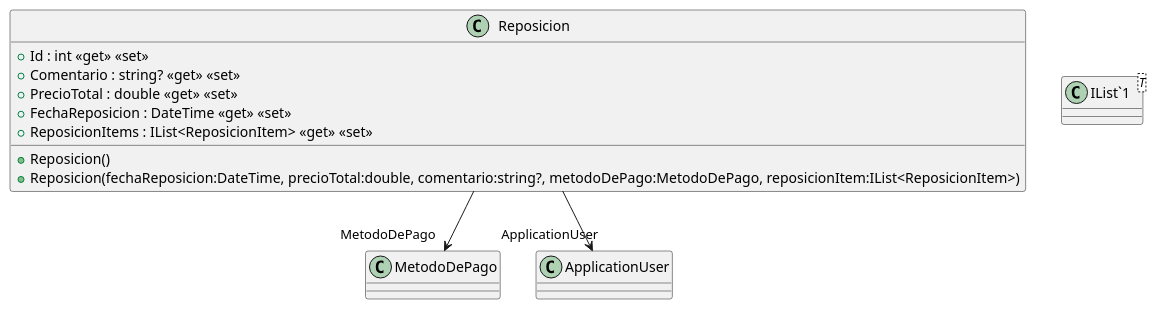
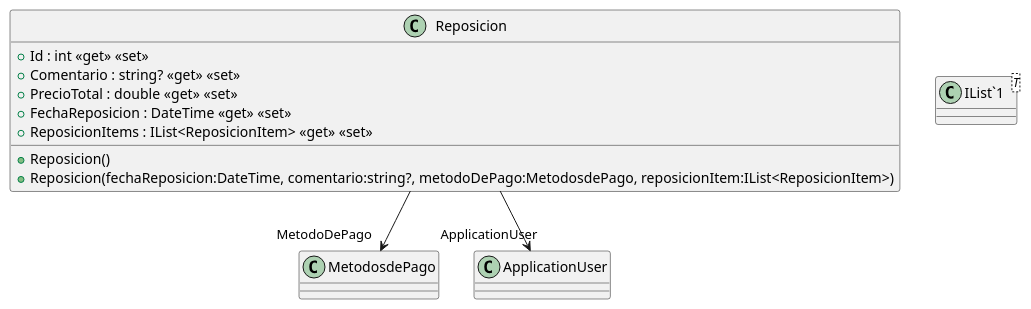
Before and after one commit to ISII2627IntegraSolutions/ISII2627IntegraSolutions: the diagram in src/AppForSEII.API/ClassDiagram/Reposicion.puml, drawn with PlantUML. The commit also changed 19 other files, not shown here.

```diff
--- a/src/AppForSEII.API/ClassDiagram/Reposicion.puml
+++ b/src/AppForSEII.API/ClassDiagram/Reposicion.puml
@@ -1,15 +1,15 @@
 @startuml
 class Reposicion {
     + Reposicion()
-    + Reposicion(fechaReposicion:DateTime, precioTotal:double, comentario:string?, metodoDePago:MetodoDePago, reposicionItem:IList<ReposicionItem>)
+    + Reposicion(fechaReposicion:DateTime, comentario:string?, metodoDePago:MetodosdePago, reposicionItem:IList<ReposicionItem>)
     + Id : int <<get>> <<set>>
     + Comentario : string? <<get>> <<set>>
     + PrecioTotal : double <<get>> <<set>>
     + FechaReposicion : DateTime <<get>> <<set>>
     + ReposicionItems : IList<ReposicionItem> <<get>> <<set>>
 }
 class "IList`1"<T> {
 }
-Reposicion --> "MetodoDePago" MetodoDePago
+Reposicion --> "MetodoDePago" MetodosdePago
 Reposicion --> "ApplicationUser" ApplicationUser
 @enduml
```
